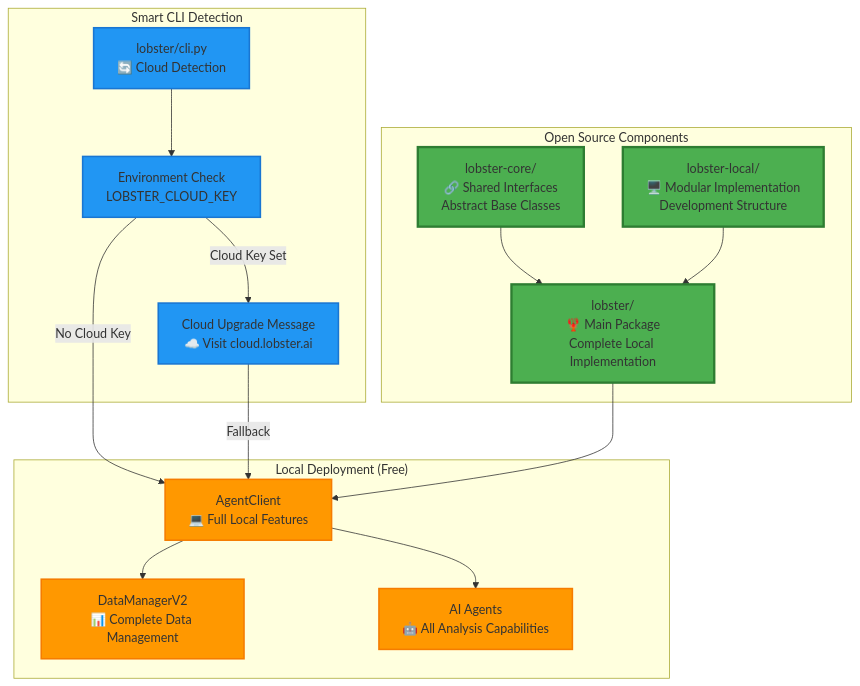
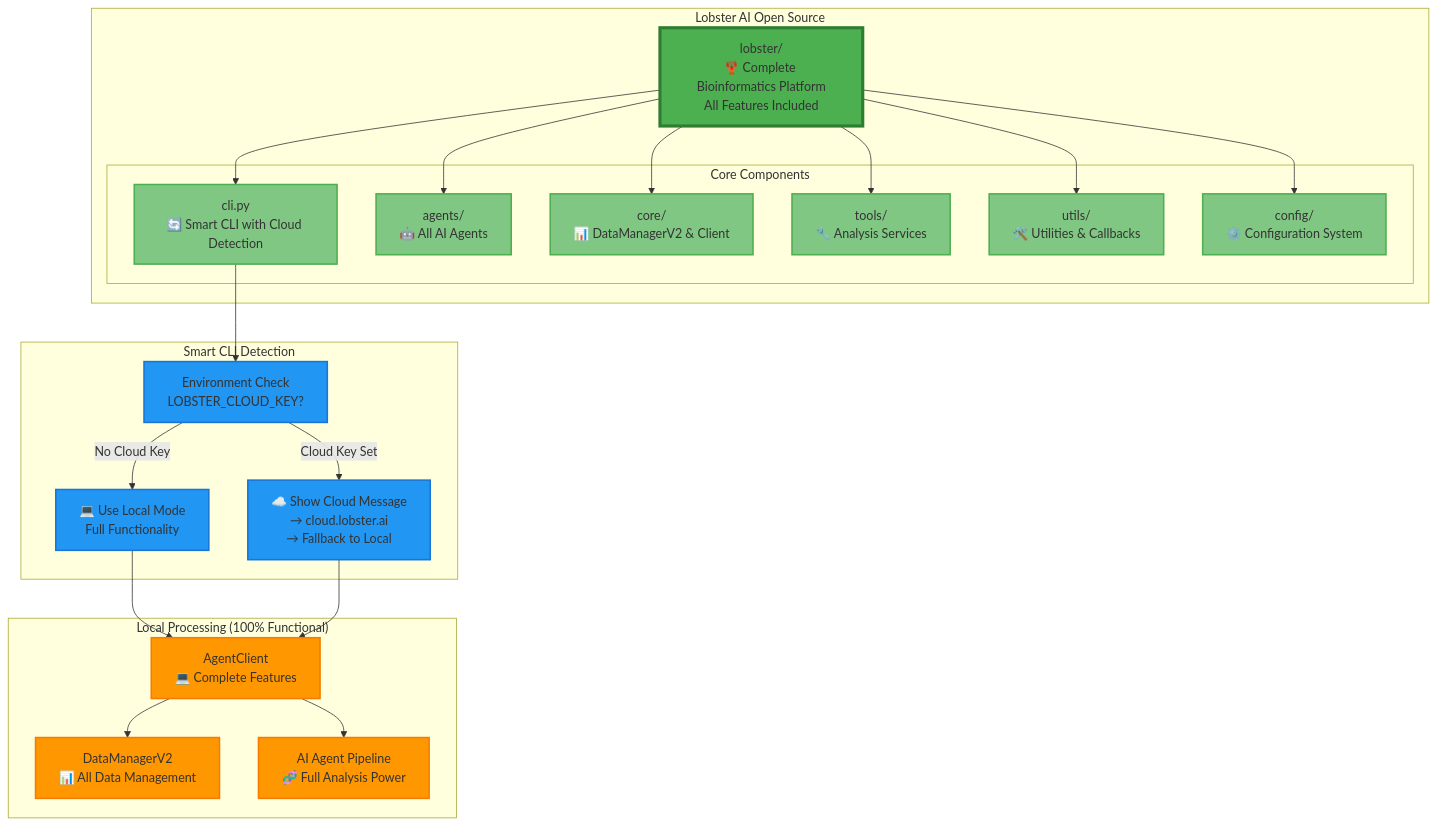
One commit to the-omics-os/lobster-local changed the first of 6 diagrams in docs/architecture_diagram.md. Above: the diagram before and after it, drawn with Mermaid. The commit also changed other lines of this file and 24 other files, not shown here.

````diff
--- a/docs/architecture_diagram.md
+++ b/docs/architecture_diagram.md
@@ -9,40 +9,53 @@
 ```mermaid
 graph TB
-    subgraph "Open Source Components"
-        MAIN[lobster/<br/>🦞 Main Package<br/>Complete Local Implementation]
-        CORE[lobster-core/<br/>🔗 Shared Interfaces<br/>Abstract Base Classes]
-        LOCAL[lobster-local/<br/>🖥️ Modular Implementation<br/>Development Structure]
+    subgraph "Lobster AI Open Source"
+        MAIN[lobster/<br/>🦞 Complete Bioinformatics Platform<br/>All Features Included]
+        
+        subgraph "Core Components"
+            CLI[cli.py<br/>🔄 Smart CLI with Cloud Detection]
+            AGENTS[agents/<br/>🤖 All AI Agents]
+            CORE[core/<br/>📊 DataManagerV2 & Client]
+            TOOLS[tools/<br/>🔧 Analysis Services]
+            UTILS[utils/<br/>🛠️ Utilities & Callbacks]
+            CONFIG[config/<br/>⚙️ Configuration System]
+        end
+        
+        MAIN --> CLI
+        MAIN --> AGENTS
+        MAIN --> CORE
+        MAIN --> TOOLS
+        MAIN --> UTILS
+        MAIN --> CONFIG
     end
 
     subgraph "Smart CLI Detection"
-        CLI[lobster/cli.py<br/>🔄 Cloud Detection]
-        DETECT[Environment Check<br/>LOBSTER_CLOUD_KEY]
-        MESSAGE[Cloud Upgrade Message<br/>☁️ Visit cloud.lobster.ai]
+        DETECT[Environment Check<br/>LOBSTER_CLOUD_KEY?]
+        NO_KEY[💻 Use Local Mode<br/>Full Functionality]
+        WITH_KEY[☁️ Show Cloud Message<br/>→ cloud.lobster.ai<br/>→ Fallback to Local]
     end
 
-    subgraph "Local Deployment (Free)"
-        CLIENT[AgentClient<br/>💻 Full Local Features]
-        DM[DataManagerV2<br/>📊 Complete Data Management]
-        AGENTS[AI Agents<br/>🤖 All Analysis Capabilities]
+    subgraph "Local Processing (100% Functional)"
+        CLIENT[AgentClient<br/>💻 Complete Features]
+        DM[DataManagerV2<br/>📊 All Data Management]
+        AI_PIPELINE[AI Agent Pipeline<br/>🧬 Full Analysis Power]
     end
 
     CLI --> DETECT
-    DETECT --> |No Cloud Key| CLIENT
-    DETECT --> |Cloud Key Set| MESSAGE
-    MESSAGE --> |Fallback| CLIENT
+    DETECT --> |No Cloud Key| NO_KEY
+    DETECT --> |Cloud Key Set| WITH_KEY
+    NO_KEY --> CLIENT
+    WITH_KEY --> CLIENT
     
     CLIENT --> DM
-    CLIENT --> AGENTS
-    
-    MAIN --> CLIENT
-    CORE --> MAIN
-    LOCAL --> MAIN
+    CLIENT --> AI_PIPELINE
 
-    classDef opensource fill:#4caf50,stroke:#2e7d32,stroke-width:3px
+    classDef main fill:#4caf50,stroke:#2e7d32,stroke-width:4px
+    classDef component fill:#81c784,stroke:#4caf50,stroke-width:2px
     classDef cli fill:#2196f3,stroke:#1976d2,stroke-width:2px
-    classDef local fill:#ff9800,stroke:#f57c00,stroke-width:2px
+    classDef processing fill:#ff9800,stroke:#f57c00,stroke-width:2px
 
-    class MAIN,CORE,LOCAL opensource
-    class CLI,DETECT,MESSAGE cli
-    class CLIENT,DM,AGENTS local
+    class MAIN main
+    class CLI,AGENTS,CORE,TOOLS,UTILS,CONFIG component
+    class DETECT,NO_KEY,WITH_KEY cli
+    class CLIENT,DM,AI_PIPELINE processing
 ```
````
